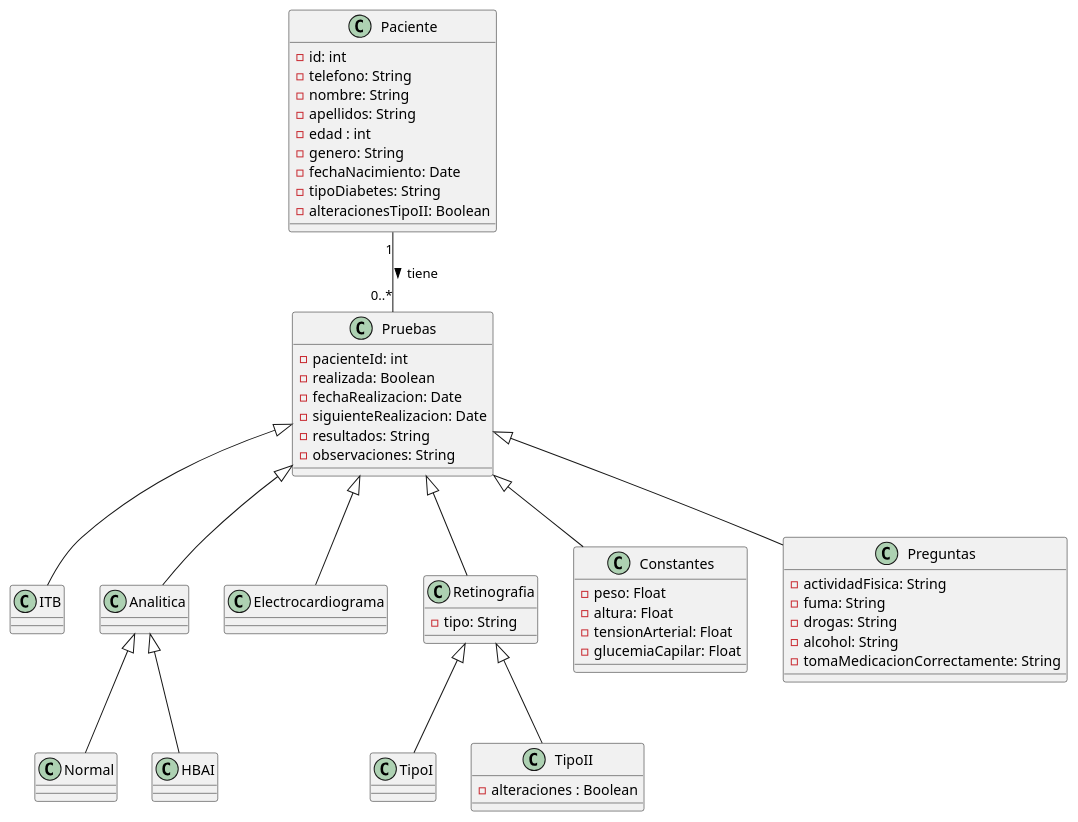
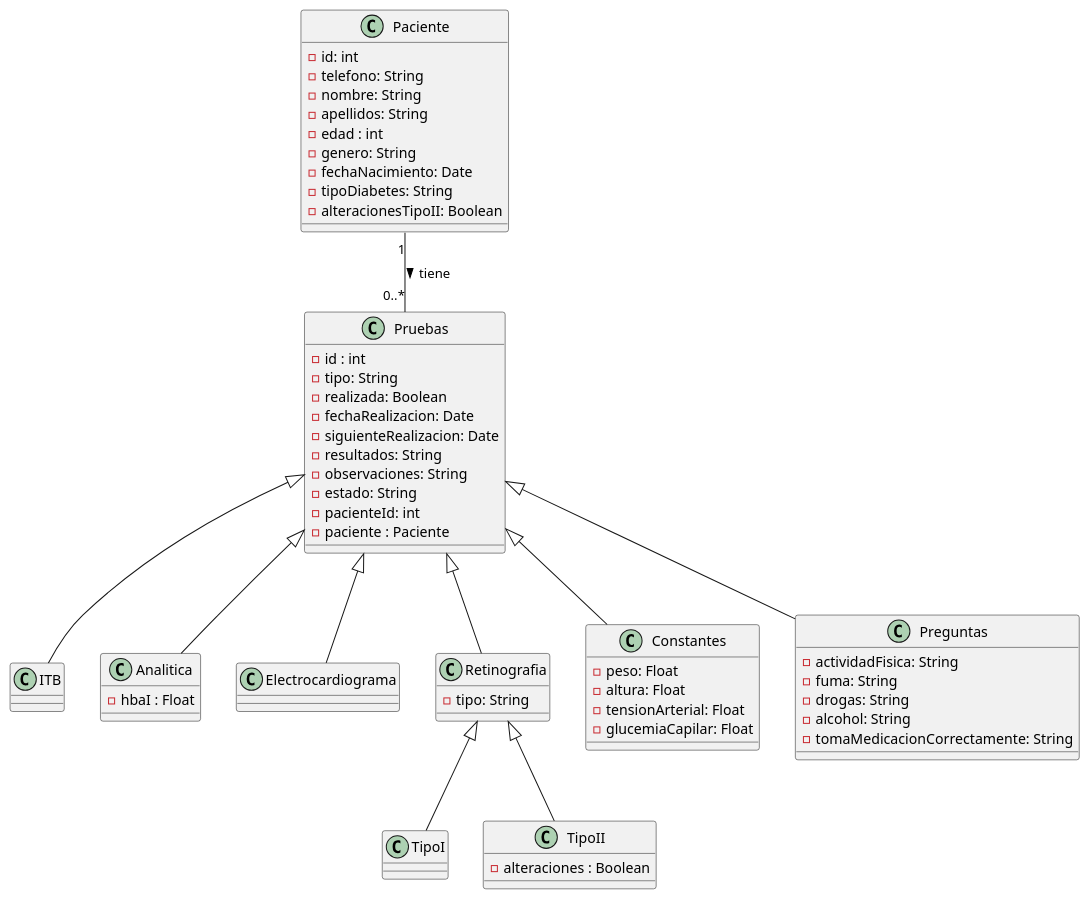
One commit to mariaarroniz/pySDyPP changed the diagram in documentos/01-modeloDeDominio/diagramaDeClases/DdC+atributos.puml. Above: the diagram before and after it, drawn with PlantUML. The commit also changed 32 other files, not shown here.

```diff
--- a/documentos/01-modeloDeDominio/diagramaDeClases/DdC+atributos.puml
+++ b/documentos/01-modeloDeDominio/diagramaDeClases/DdC+atributos.puml
@@ -1,61 +1,63 @@
 @startuml
 
 class Paciente{
     - id: int
     - telefono: String
     - nombre: String
     - apellidos: String
     - edad : int
     - genero: String
     - fechaNacimiento: Date
     - tipoDiabetes: String
     - alteracionesTipoII: Boolean
 
 }
 class Pruebas{
-    - pacienteId: int
+    - id : int
+    - tipo: String
     - realizada: Boolean
     - fechaRealizacion: Date
     - siguienteRealizacion: Date
     - resultados: String
     - observaciones: String
+    - estado: String
+    - pacienteId: int
+    - paciente : Paciente
 }
 class ITB{}
-class Analitica{}
-class Normal{}
-class HBAI{}
+class Analitica{
+    - hbaI : Float
+}
 class Electrocardiograma{}
 class Retinografia{
     - tipo: String
 }
 class TipoI{}
 class TipoII{
     - alteraciones : Boolean
 }
 class Constantes{
     - peso: Float
     - altura: Float
     - tensionArterial: Float
     - glucemiaCapilar: Float
 }
 class Preguntas{
     - actividadFisica: String
     - fuma: String
     - drogas: String
     - alcohol: String
     - tomaMedicacionCorrectamente: String
 }
 
 Paciente "1" -- "0..*" Pruebas : tiene >
 Pruebas <|--  ITB
 Pruebas <|-- Analitica
 Pruebas <|-- Electrocardiograma
 Pruebas <|-- Retinografia
 Pruebas <|-- Constantes
 Pruebas <|-- Preguntas
-Analitica <|-- Normal
-Analitica <|-- HBAI
 Retinografia <|-- TipoI
 Retinografia <|-- TipoII
 
 @enduml
```
